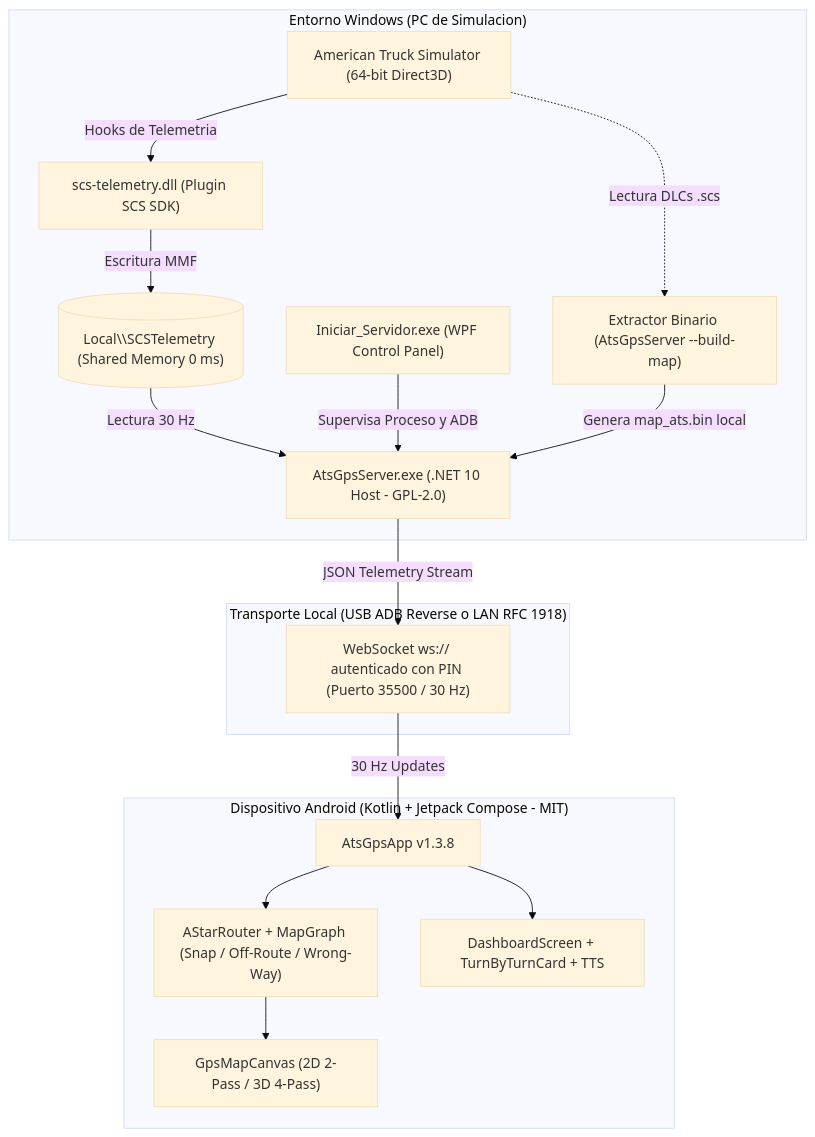
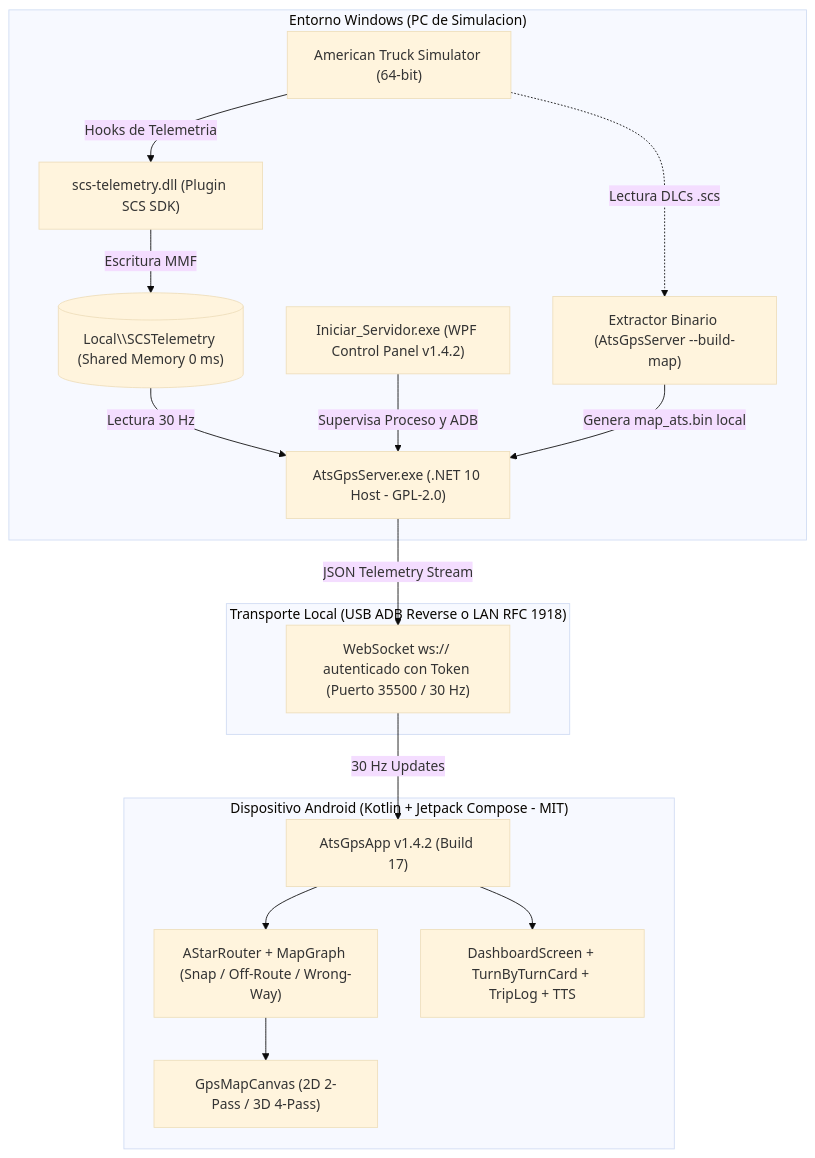
Before and after one commit to Gamavg06/GpsATS: the diagram in README.md, drawn with Mermaid (base theme). The commit also changed other lines of this file and 62 other files, not shown here.

````diff
--- a/README.md
+++ b/README.md
@@ -67,36 +75,36 @@
 ```mermaid
 flowchart TD
     subgraph PC["Entorno Windows (PC de Simulacion)"]
-        ATS["American Truck Simulator (64-bit Direct3D)"]
+        ATS["American Truck Simulator (64-bit)"]
         SDK["scs-telemetry.dll (Plugin SCS SDK)"]
         MMF[("Local\\SCSTelemetry (Shared Memory 0 ms)")]
-        Launcher["Iniciar_Servidor.exe (WPF Control Panel)"]
+        Launcher["Iniciar_Servidor.exe (WPF Control Panel v1.4.2)"]
         Server["AtsGpsServer.exe (.NET 10 Host - GPL-2.0)"]
         MapExtractor["Extractor Binario (AtsGpsServer --build-map)"]
 
         ATS -->|Hooks de Telemetria| SDK
         SDK -->|Escritura MMF| MMF
         MMF -->|Lectura 30 Hz| Server
         Launcher -->|Supervisa Proceso y ADB| Server
         ATS -.->|Lectura DLCs .scs| MapExtractor
         MapExtractor -->|Genera map_ats.bin local| Server
     end
 
     subgraph Transport["Transporte Local (USB ADB Reverse o LAN RFC 1918)"]
-        WS["WebSocket ws:// autenticado con PIN (Puerto 35500 / 30 Hz)"]
+        WS["WebSocket ws:// autenticado con Token (Puerto 35500 / 30 Hz)"]
     end
 
     subgraph Mobile["Dispositivo Android (Kotlin + Jetpack Compose - MIT)"]
-        Client["AtsGpsApp v1.3.8"]
+        Client["AtsGpsApp v1.4.2 (Build 17)"]
         Router["AStarRouter + MapGraph (Snap / Off-Route / Wrong-Way)"]
         Canvas["GpsMapCanvas (2D 2-Pass / 3D 4-Pass)"]
-        HUD["DashboardScreen + TurnByTurnCard + TTS"]
+        HUD["DashboardScreen + TurnByTurnCard + TripLog + TTS"]
 
         Client --> Router
         Router --> Canvas
         Client --> HUD
     end
 
     Server -->|JSON Telemetry Stream| WS
     WS -->|30 Hz Updates| Client
 ```
````
